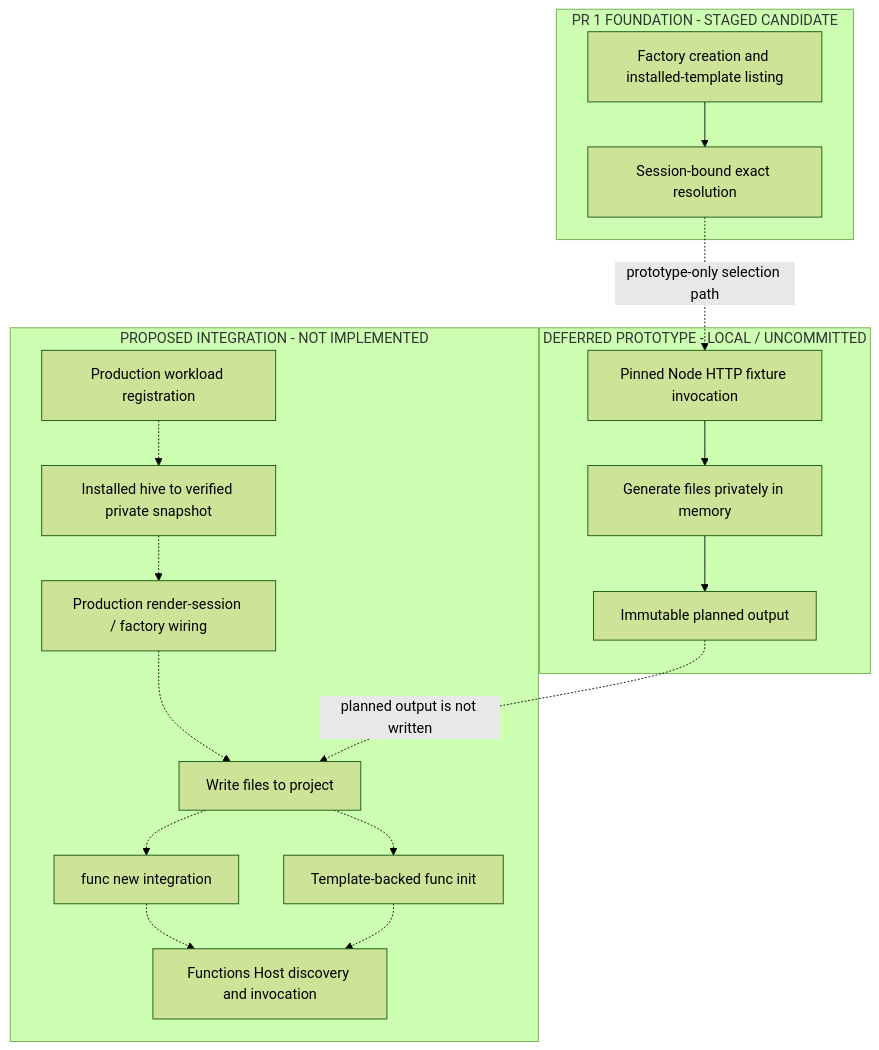
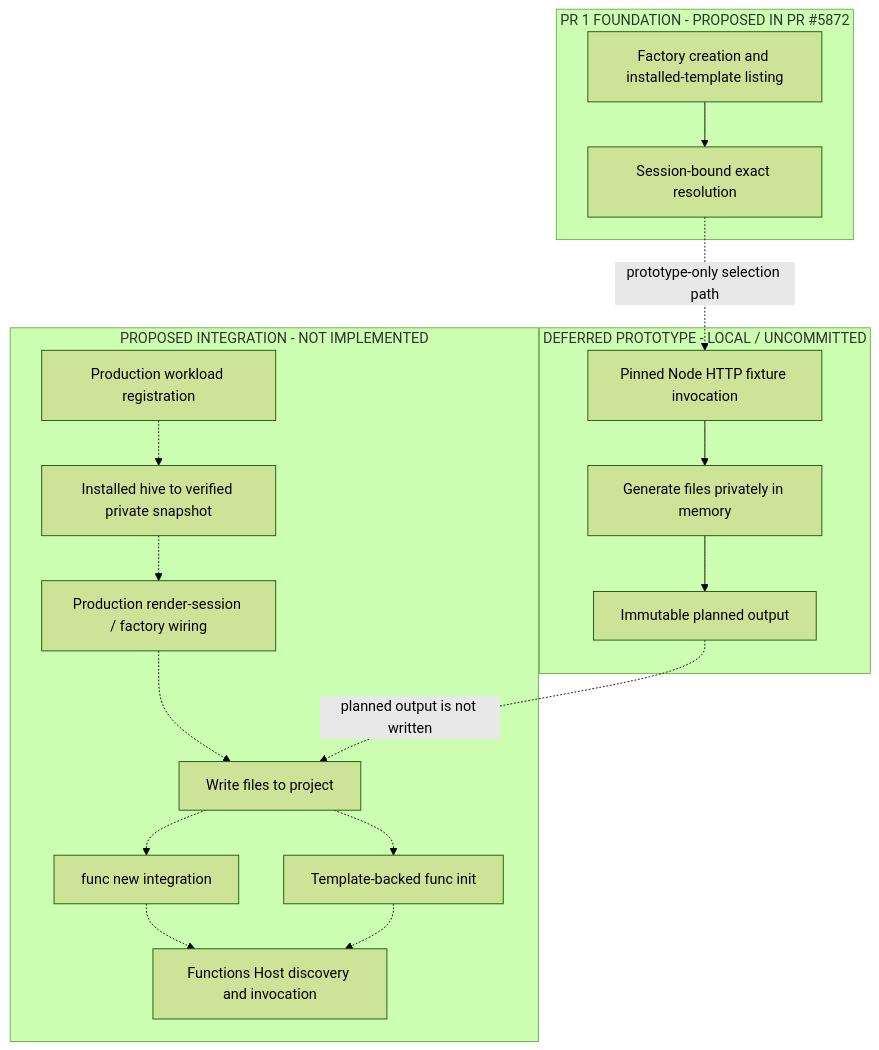
Before and after one commit to Azure/azure-functions-core-tools: the fifth of 5 diagrams in docs/templates/Templates-EndToEnd-Object-Model-Review.md, drawn with Mermaid (forest theme). The commit also changed other lines of this file and 6 other files, not shown here.

````diff
--- a/docs/templates/Templates-EndToEnd-Object-Model-Review.md
+++ b/docs/templates/Templates-EndToEnd-Object-Model-Review.md
@@ -236,32 +257,32 @@
 ```mermaid
 flowchart TD
-    subgraph foundation["PR 1 FOUNDATION - STAGED CANDIDATE"]
+    subgraph foundation["PR 1 FOUNDATION - PROPOSED IN PR #5872"]
         catalog["Factory creation and installed-template listing"]
         resolved["Session-bound exact resolution"]
         catalog --> resolved
     end
     subgraph deferred["DEFERRED PROTOTYPE - LOCAL / UNCOMMITTED"]
         fixture["Pinned Node HTTP fixture invocation"]
         memory["Generate files privately in memory"]
         output["Immutable planned output"]
         fixture --> memory --> output
     end
     subgraph pending["PROPOSED INTEGRATION - NOT IMPLEMENTED"]
         registration["Production workload registration"]
         snapshot["Installed hive to verified private snapshot"]
         wiring["Production render-session / factory wiring"]
         write["Write files to project"]
         newcmd["func new integration"]
         initcmd["Template-backed func init"]
         host["Functions Host discovery and invocation"]
         registration -.-> snapshot
         snapshot -.-> wiring
         wiring -.-> write
         write -.-> newcmd
         write -.-> initcmd
         newcmd -.-> host
         initcmd -.-> host
     end
     resolved -. "prototype-only selection path" .-> fixture
     output -. "planned output is not written" .-> write
 ```
````
